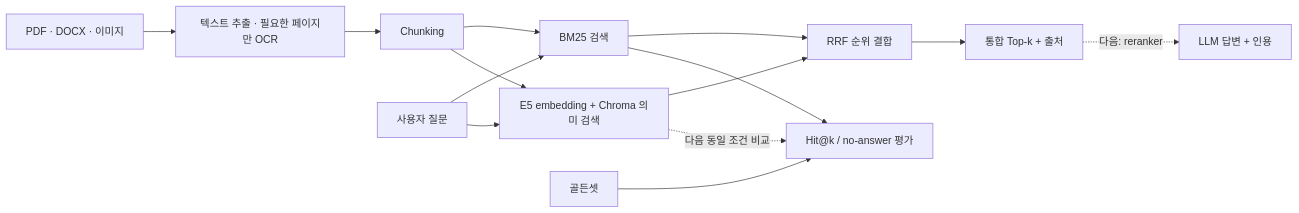
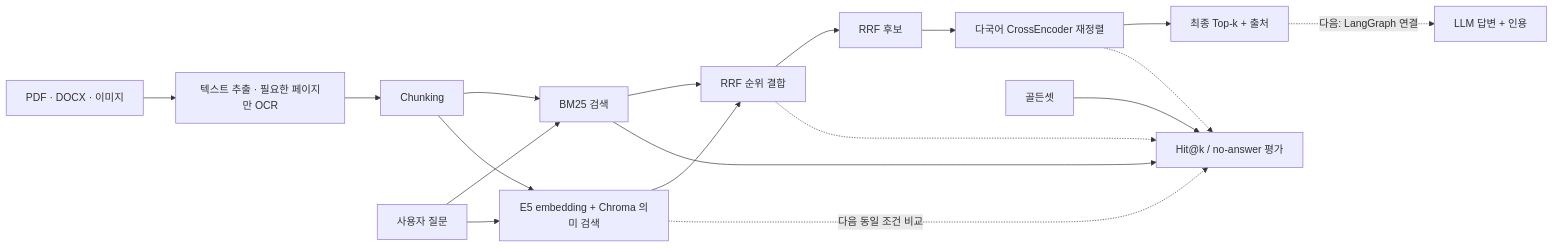
Before and after one commit to hamjinoo/gongo-rag: the diagram in README.md, drawn with Mermaid. The commit also changed other lines of this file and 12 other files, not shown here.

Commit message:
feat: add CrossEncoder reranking

````diff
--- a/README.md
+++ b/README.md
@@ -30,16 +30,20 @@
 ```mermaid
 flowchart LR
     A["PDF · DOCX · 이미지"] --> B["텍스트 추출 · 필요한 페이지만 OCR"]
     B --> C["Chunking"]
     C --> D["BM25 검색"]
     C --> E["E5 embedding + Chroma 의미 검색"]
     Q["사용자 질문"] --> D
     Q --> E
     D --> F["RRF 순위 결합"]
     E --> F
-    F --> U["통합 Top-k + 출처"]
-    U -. "다음: reranker" .-> G["LLM 답변 + 인용"]
+    F --> U["RRF 후보"]
+    U --> R["다국어 CrossEncoder 재정렬"]
+    R --> V["최종 Top-k + 출처"]
+    V -. "다음: LangGraph 연결" .-> G["LLM 답변 + 인용"]
     H["골든셋"] --> I["Hit@k / no-answer 평가"]
     D --> I
     E -. "다음 동일 조건 비교" .-> I
+    F -.-> I
+    R -.-> I
 ```
````
